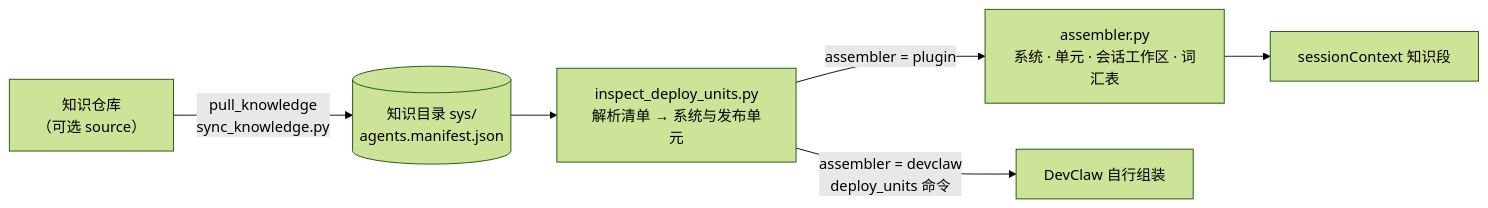
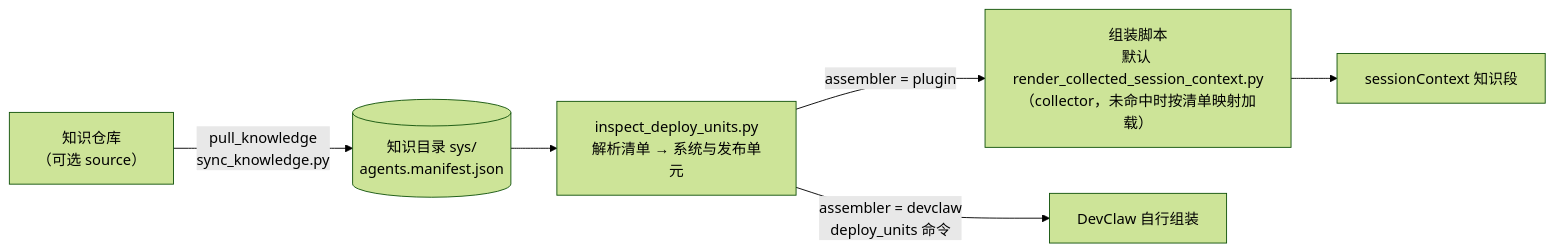
The ninth of 11 diagrams in docs/diagrams.md (seikou00/autobizdevops_plugin_creator), drawn with Mermaid (forest theme) before and after one commit. The commit also changed other lines of this file and 40 other files, not shown here.

````diff
--- a/docs/diagrams.md
+++ b/docs/diagrams.md
@@ -303,14 +299,14 @@
 ```mermaid
 flowchart LR
   SRC["知识仓库<br/>（可选 source）"]
   ROOT[("知识目录 sys/<br/>agents.manifest.json")]
   IDU["inspect_deploy_units.py<br/>解析清单 → 系统与发布单元"]
-  ASM["assembler.py<br/>系统 · 单元 · 会话工作区 · 词汇表"]
+  ASM["组装脚本<br/>默认 render_collected_session_context.py<br/>（collector，未命中时按清单映射加载）"]
   SC["sessionContext 知识段"]
   DC["DevClaw 自行组装"]
 
   SRC -->|"pull_knowledge<br/>sync_knowledge.py"| ROOT
   ROOT --> IDU
   IDU -->|"assembler = plugin"| ASM --> SC
   IDU -->|"assembler = devclaw<br/>deploy_units 命令"| DC
 ```
````
